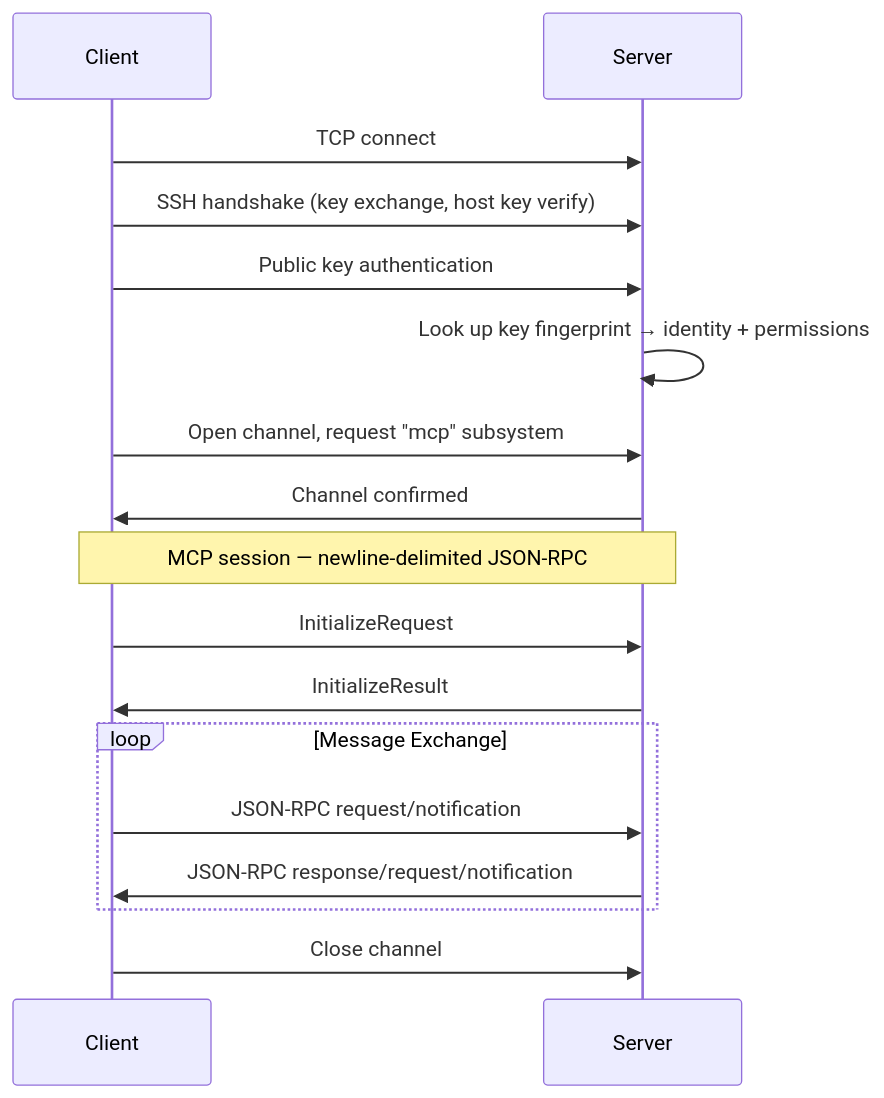
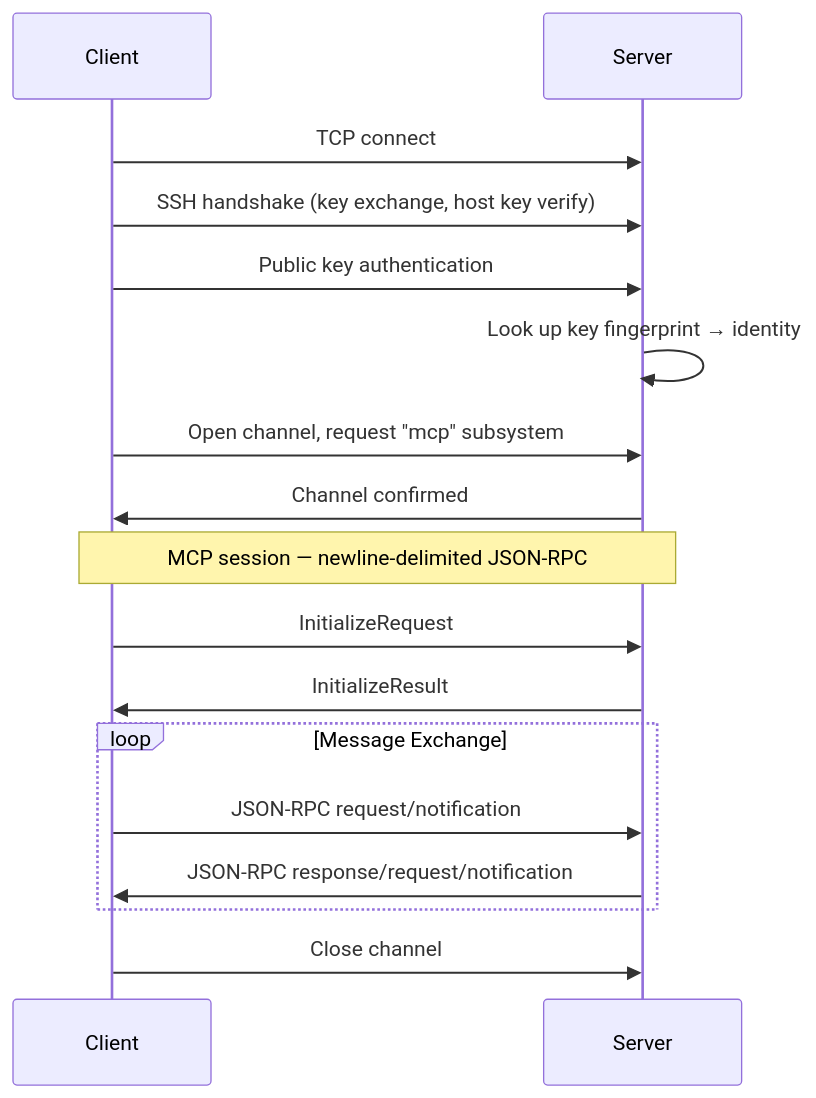
One commit to modelcontextprotocol/modelcontextprotocol changed the second of 2 diagrams in seps/0000-ssh-transport.md. Above: the diagram before and after it, drawn with Mermaid. The commit also changed other lines of this file and 1 other file, not shown here.

````diff
--- a/seps/0000-ssh-transport.md
+++ b/seps/0000-ssh-transport.md
@@ -150,21 +133,21 @@
 ```mermaid
 sequenceDiagram
     participant Client
     participant Server
 
     Client->>Server: TCP connect
     Client->>Server: SSH handshake (key exchange, host key verify)
     Client->>Server: Public key authentication
-    Server->>Server: Look up key fingerprint → identity + permissions
+    Server->>Server: Look up key fingerprint → identity
     Client->>Server: Open channel, request "mcp" subsystem
     Server->>Client: Channel confirmed
 
     note over Client, Server: MCP session — newline-delimited JSON-RPC
     Client->>Server: InitializeRequest
     Server->>Client: InitializeResult
     loop Message Exchange
         Client->>Server: JSON-RPC request/notification
         Server->>Client: JSON-RPC response/request/notification
     end
     Client->>Server: Close channel
 ```
````
